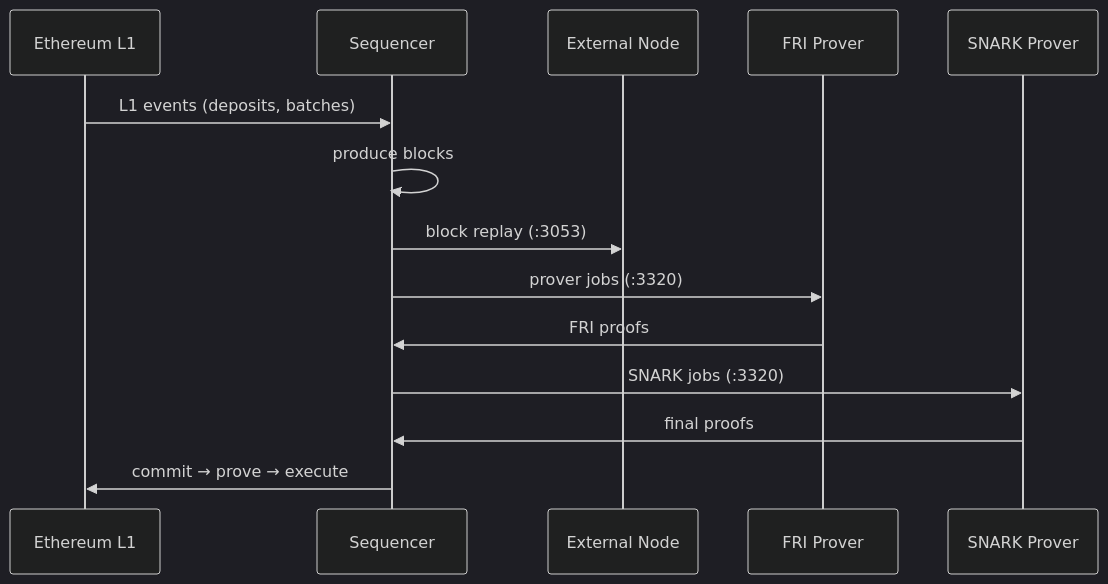
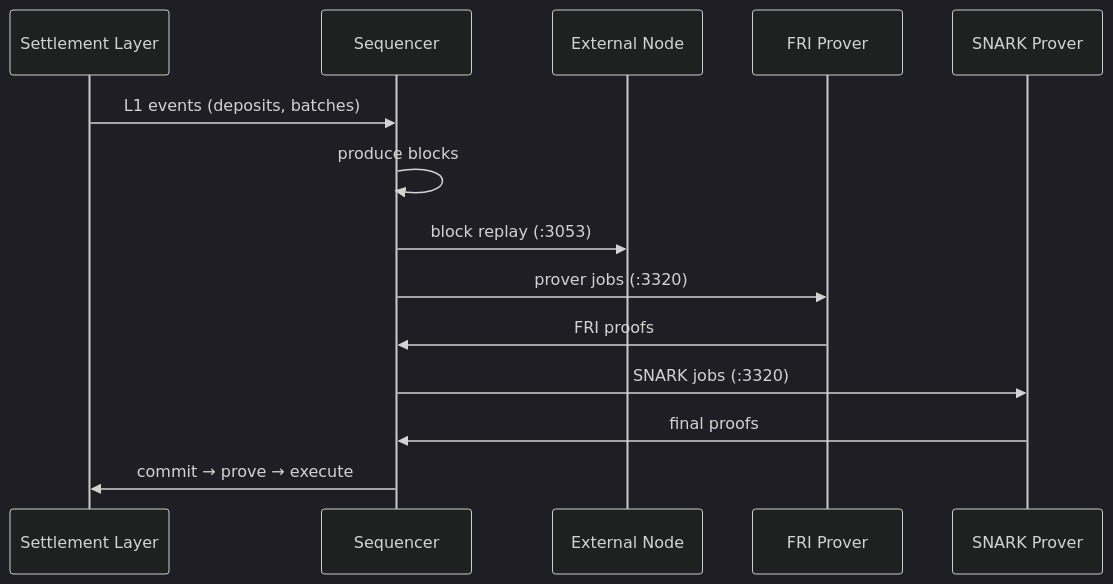
Before and after one commit to ADI-Foundation-Labs/ADI-Network-Documentation: the diagram in adi-network-components/l3-chains/run-a-rollup/core-stack.md, drawn with Mermaid. The commit also changed other lines of this file and 8 other files, not shown here.

````diff
--- a/adi-network-components/l3-chains/run-a-rollup/core-stack.md
+++ b/adi-network-components/l3-chains/run-a-rollup/core-stack.md
@@ -11,18 +11,18 @@
 ```mermaid
 %%{init: {'theme': 'dark'}}%%
 sequenceDiagram
-    participant L1 as Ethereum L1
+    participant L1 as Settlement Layer
     participant SEQ as Sequencer
     participant EN as External Node
     participant FRI as FRI Prover
     participant SNARK as SNARK Prover
 
     L1->>SEQ: L1 events (deposits, batches)
     SEQ->>SEQ: produce blocks
     SEQ->>EN: block replay (:3053)
     SEQ->>FRI: prover jobs (:3320)
     FRI->>SEQ: FRI proofs
     SEQ->>SNARK: SNARK jobs (:3320)
     SNARK->>SEQ: final proofs
     SEQ->>L1: commit → prove → execute
 ```
````
